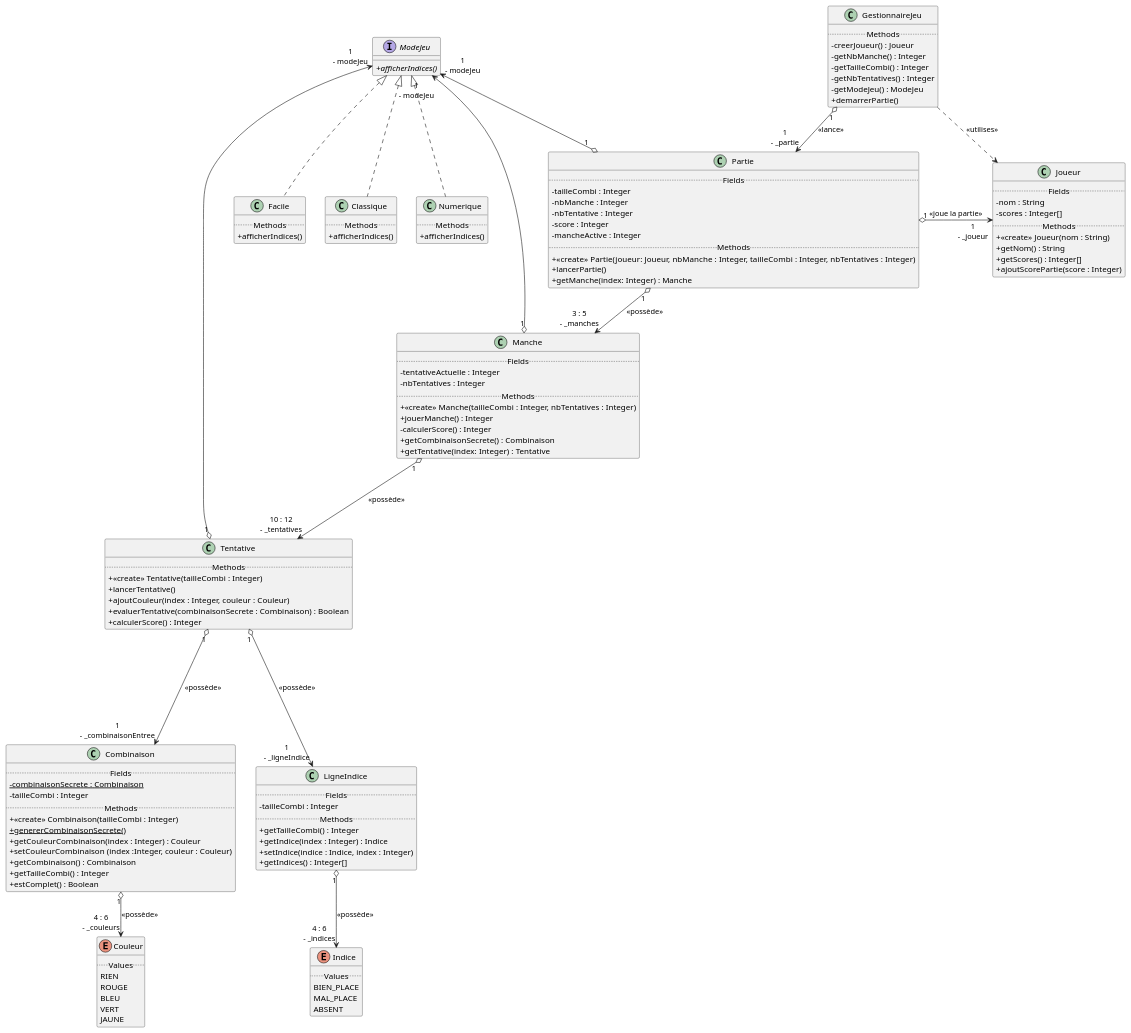
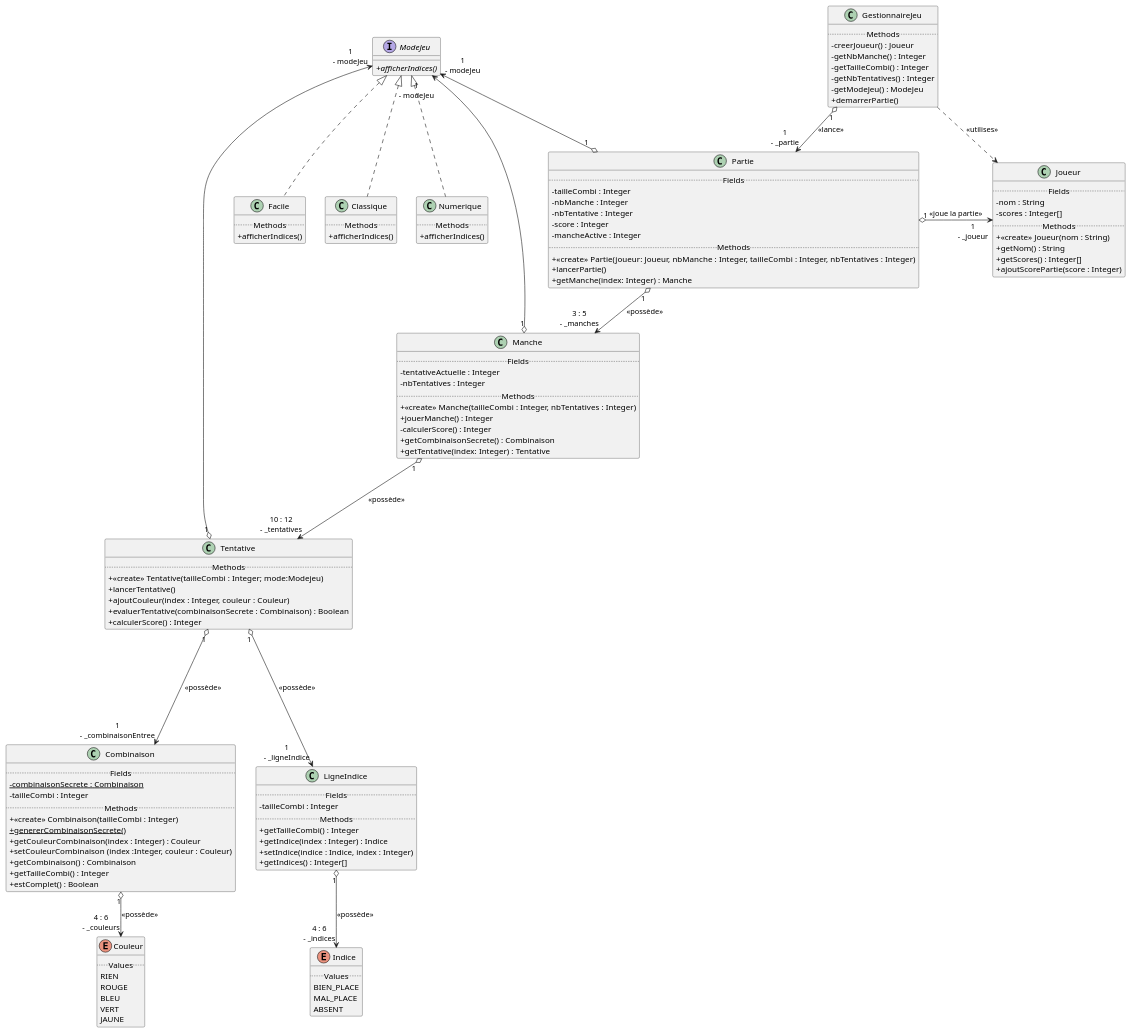
Before and after one commit to DimToups/Mastermind-game: the diagram in uml/DCC.puml, drawn with PlantUML. The commit also changed 13 other files, not shown here.

```diff
--- a/uml/DCC.puml
+++ b/uml/DCC.puml
@@ -1,138 +1,138 @@
 @startuml
 skinparam classAttributeIconSize 0
 
 enum Couleur{
     ..Values..
     RIEN
     ROUGE
     BLEU
     VERT
     JAUNE
 }
 
 enum Indice {
     ..Values..
     BIEN_PLACE
     MAL_PLACE
     ABSENT
 }
 
 class GestionnaireJeu{
     ..Methods..
     - creerJoueur() : Joueur
     - getNbManche() : Integer
     - getTailleCombi() : Integer
     - getNbTentatives() : Integer
     - getModeJeu() : ModeJeu
     + demarrerPartie()
 }
 
 class Joueur{
     ..Fields..
     - nom : String
     - scores : Integer[]
     ..Methods..
     + <<create>> Joueur(nom : String)
     + getNom() : String
     + getScores() : Integer[]
     + ajoutScorePartie(score : Integer)
 }
 
 class Partie{
     ..Fields..
     - tailleCombi : Integer
     - nbManche : Integer
     - nbTentative : Integer
     - score : Integer
     - mancheActive : Integer
     ..Methods..
     + <<create>> Partie(joueur: Joueur, nbManche : Integer, tailleCombi : Integer, nbTentatives : Integer)
     + lancerPartie()
     + getManche(index: Integer) : Manche
 }
 
 class Manche{
     ..Fields..
     - tentativeActuelle : Integer
     - nbTentatives : Integer
     ..Methods..
     + <<create>> Manche(tailleCombi : Integer, nbTentatives : Integer)
     + jouerManche() : Integer
     - calculerScore() : Integer
     + getCombinaisonSecrete() : Combinaison
     + getTentative(index: Integer) : Tentative
 }
 
 class Tentative{
     ..Methods..
-    + <<create>> Tentative(tailleCombi : Integer)
+    + <<create>> Tentative(tailleCombi : Integer; mode:Modejeu)
     + lancerTentative()
     + ajoutCouleur(index : Integer, couleur : Couleur)
     + evaluerTentative(combinaisonSecrete : Combinaison) : Boolean
     + calculerScore() : Integer
 }
 
 class Combinaison{
     ..Fields..
     - combinaisonSecrete : Combinaison {static}
     - tailleCombi : Integer
     ..Methods..
     + <<create>> Combinaison(tailleCombi : Integer)
     + genererCombinaisonSecrete() {static}
     + getCouleurCombinaison(index : Integer) : Couleur
     + setCouleurCombinaison (index :Integer, couleur : Couleur)
     + getCombinaison() : Combinaison
     + getTailleCombi() : Integer
     + estComplet() : Boolean
 }
 
 class LigneIndice{
     ..Fields..
     - tailleCombi : Integer
     ..Methods..
     + getTailleCombi() : Integer
     + getIndice(index : Integer) : Indice
     + setIndice(indice : Indice, index : Integer)
     + getIndices() : Integer[]
     '+ finirTentative()
 }
 
 interface ModeJeu{
     + afficherIndices() {abstract}
 }
 
 class Facile implements ModeJeu{
     ..Methods..
     + afficherIndices()
 }
 
 class Classique implements ModeJeu{
     ..Methods..
     + afficherIndices()
 }
 
 class Numerique implements ModeJeu{
     ..Methods..
     + afficherIndices()
 }
 
 Partie "1" o--> "3 : 5\n- _manches" Manche : <<possède>>
 Partie "1" o-> "1\n- _joueur" Joueur : <<joue la partie>>
 
 GestionnaireJeu "1" o--> "1\n- _partie" Partie : <<lance>>
 GestionnaireJeu ..> Joueur : <<utilises>>
 
 Manche "1" o---> "10 : 12\n- _tentatives" Tentative : <<possède>>
 
 Tentative "1" o----> "1\n- _ligneIndice" LigneIndice : <<possède>>
 Tentative "1" o----> "1\n- _combinaisonEntree" Combinaison : <<possède>>
 
 Combinaison "1" o--> "4 : 6\n- _couleurs" Couleur : <<possède>>
 
 LigneIndice "1" o--> "4 : 6\n- _indices" Indice : <<possède>>
 
 ModeJeu "1\n- modeJeu" <--o "1" Partie
 ModeJeu "1\n- modeJeu" <--o "1" Manche
 ModeJeu "1\n- modeJeu" <--o "1" Tentative
 
 @enduml
```
